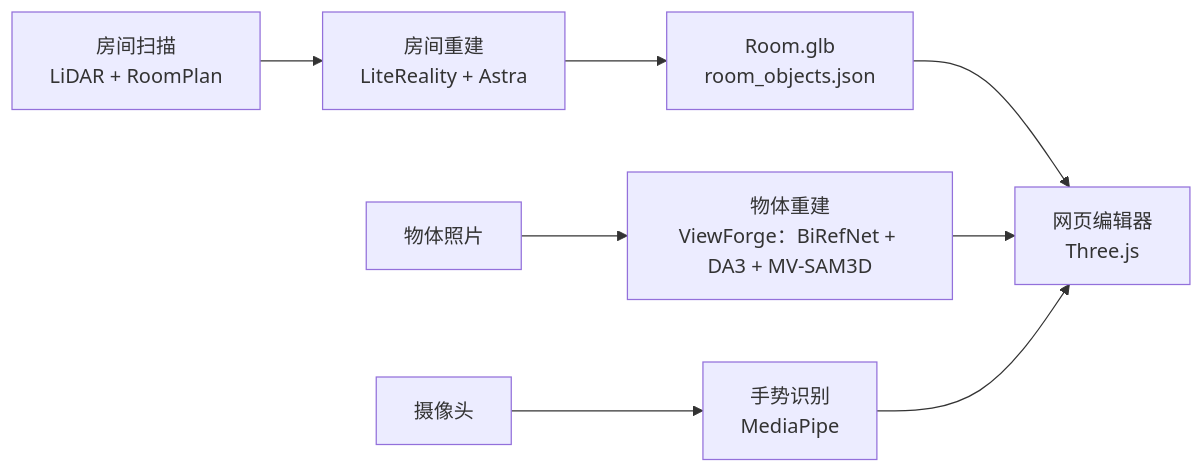
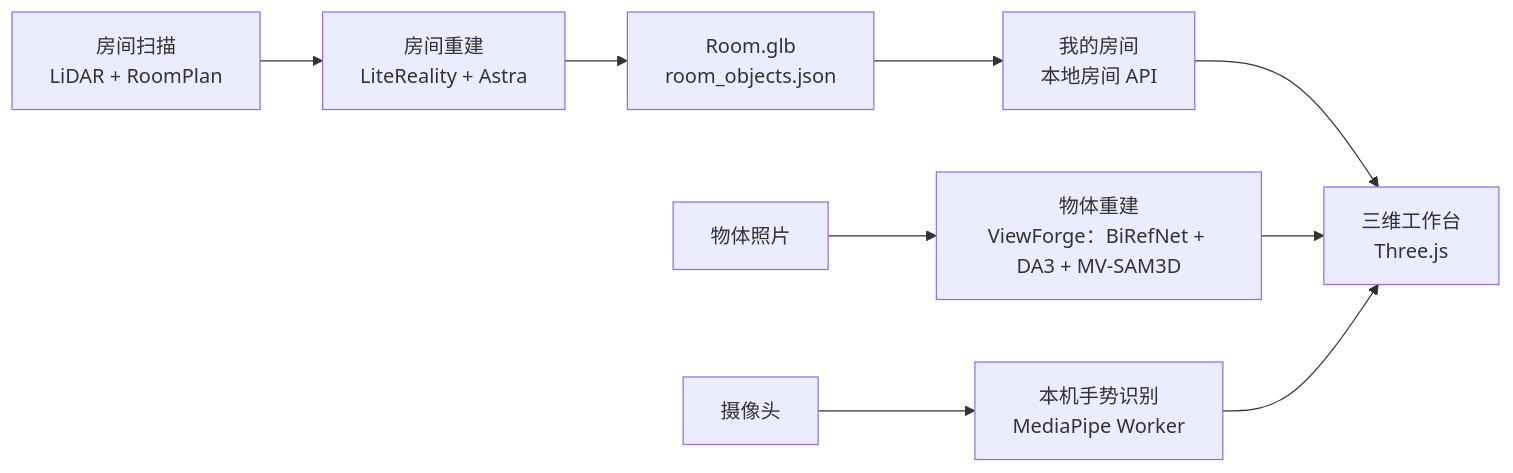
Before and after one commit to innovationasuna/RoomCanvas: the diagram in README.md, drawn with Mermaid. The commit also changed other lines of this file and 102 other files, not shown here.

````diff
--- a/README.md
+++ b/README.md
@@ -41,9 +95,10 @@
 ```mermaid
 flowchart LR
   scan["房间扫描<br/>LiDAR + RoomPlan"] --> room["房间重建<br/>LiteReality + Astra"]
   room --> glb["Room.glb<br/>room_objects.json"]
+  glb --> library["我的房间<br/>本地房间 API"]
+  library --> editor["三维工作台<br/>Three.js"]
   photos["物体照片"] --> object["物体重建<br/>ViewForge：BiRefNet + DA3 + MV-SAM3D"]
-  glb --> editor["网页编辑器<br/>Three.js"]
   object --> editor
-  camera["摄像头"] --> gesture["手势识别<br/>MediaPipe"] --> editor
+  camera["摄像头"] --> gesture["本机手势识别<br/>MediaPipe Worker"] --> editor
 ```
````
